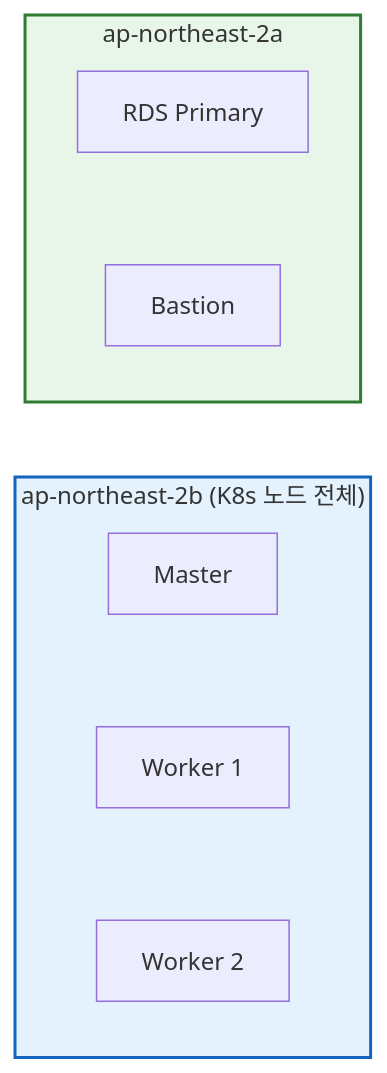
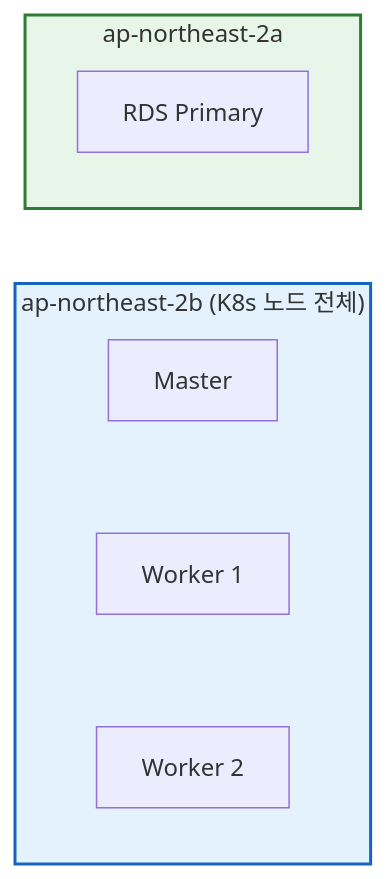
Diagram 11 of 18 in report.md (revenantonthemission/2-cho-community-infra), drawn with Mermaid before and after one commit. The commit also changed other lines of this file, not shown here.

````diff
--- a/report.md
+++ b/report.md
@@ -602,20 +614,18 @@
 ```mermaid
 flowchart LR
     subgraph AZ_B["ap-northeast-2b (K8s 노드 전체)"]
         direction TB
         Master["Master"]
         Worker1["Worker 1"]
         Worker2["Worker 2"]
         Master ~~~ Worker1 ~~~ Worker2
     end
 
     subgraph AZ_A["ap-northeast-2a"]
         direction TB
         RDS_A["RDS Primary"]
-        Bastion["Bastion"]
-        RDS_A ~~~ Bastion
     end
 
     style AZ_B fill:#e3f2fd,stroke:#1565c0,stroke-width:2px
     style AZ_A fill:#e8f5e9,stroke:#2e7d32,stroke-width:2px
 ```
````
